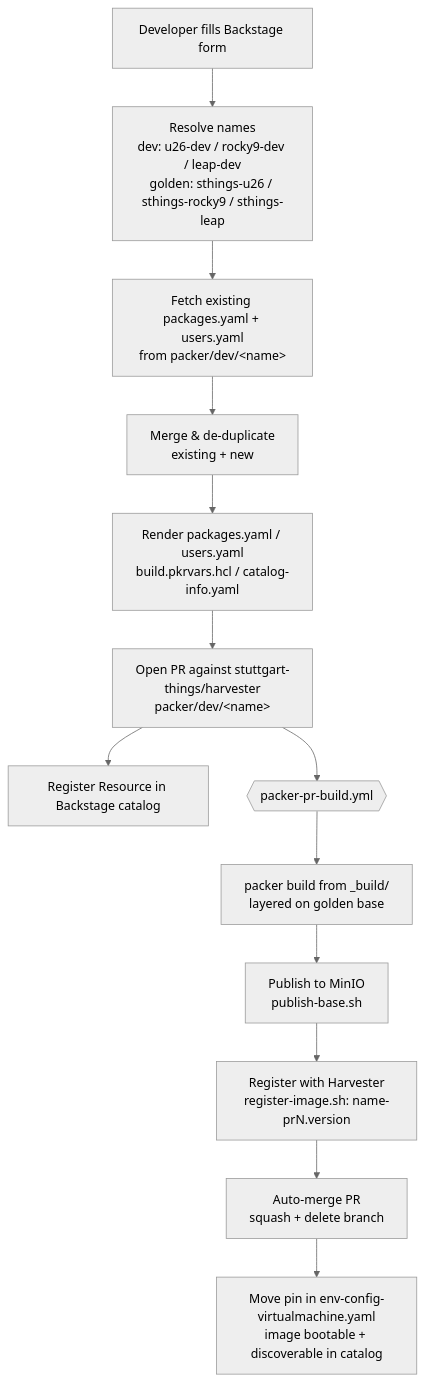
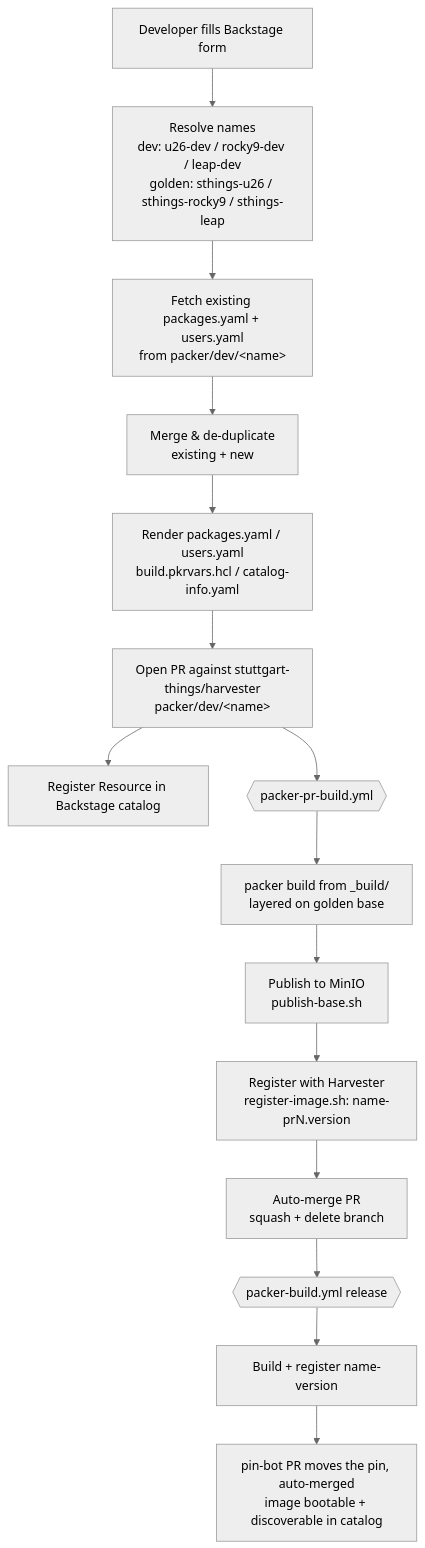
Before and after one commit to stuttgart-things/backstage-resources: the diagram in templates/harvester-packer-devimage/README.md, drawn with Mermaid (neutral theme). The commit also changed other lines of this file and 4 other files, not shown here.

First line of the commit message:
docs(harvester-packer): the pin now moves by itself after the merge

````diff
--- a/templates/harvester-packer-devimage/README.md
+++ b/templates/harvester-packer-devimage/README.md
@@ -28,15 +29,17 @@
 ```mermaid
 flowchart TD
     A[Developer fills Backstage form] --> B[Resolve names<br/>dev: u26-dev / rocky9-dev / leap-dev<br/>golden: sthings-u26 / sthings-rocky9 / sthings-leap]
     B --> C[Fetch existing packages.yaml + users.yaml<br/>from packer/dev/&lt;name&gt;]
     C --> D[Merge & de-duplicate<br/>existing + new]
     D --> E[Render packages.yaml / users.yaml<br/>build.pkrvars.hcl / catalog-info.yaml]
     E --> F[Open PR against stuttgart-things/harvester<br/>packer/dev/&lt;name&gt;]
     F --> G[Register Resource in Backstage catalog]
     F --> H{{packer-pr-build.yml}}
     H --> I[packer build from _build/<br/>layered on golden base]
     I --> J[Publish to MinIO<br/>publish-base.sh]
     J --> J2[Register with Harvester<br/>register-image.sh: name-prN.version]
     J2 --> K[Auto-merge PR<br/>squash + delete branch]
-    K --> L[Move pin in env-config-virtualmachine.yaml<br/>image bootable + discoverable in catalog]
+    K --> M{{packer-build.yml release}}
+    M --> N[Build + register name-version]
+    N --> L[pin-bot PR moves the pin, auto-merged<br/>image bootable + discoverable in catalog]
 ```
````
